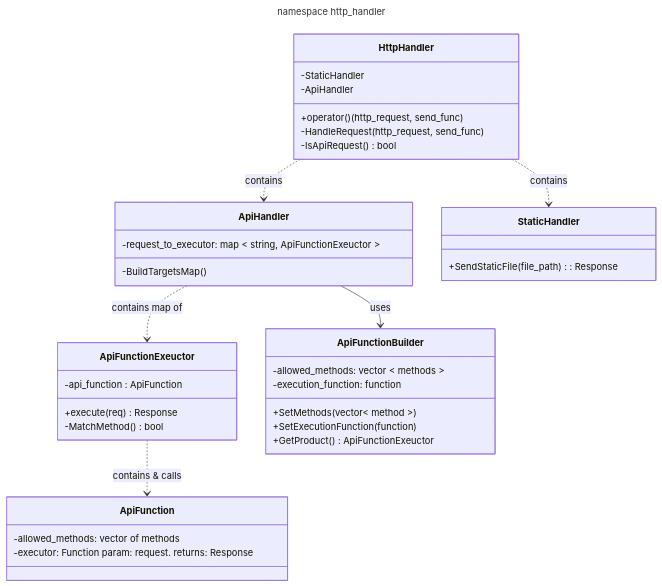
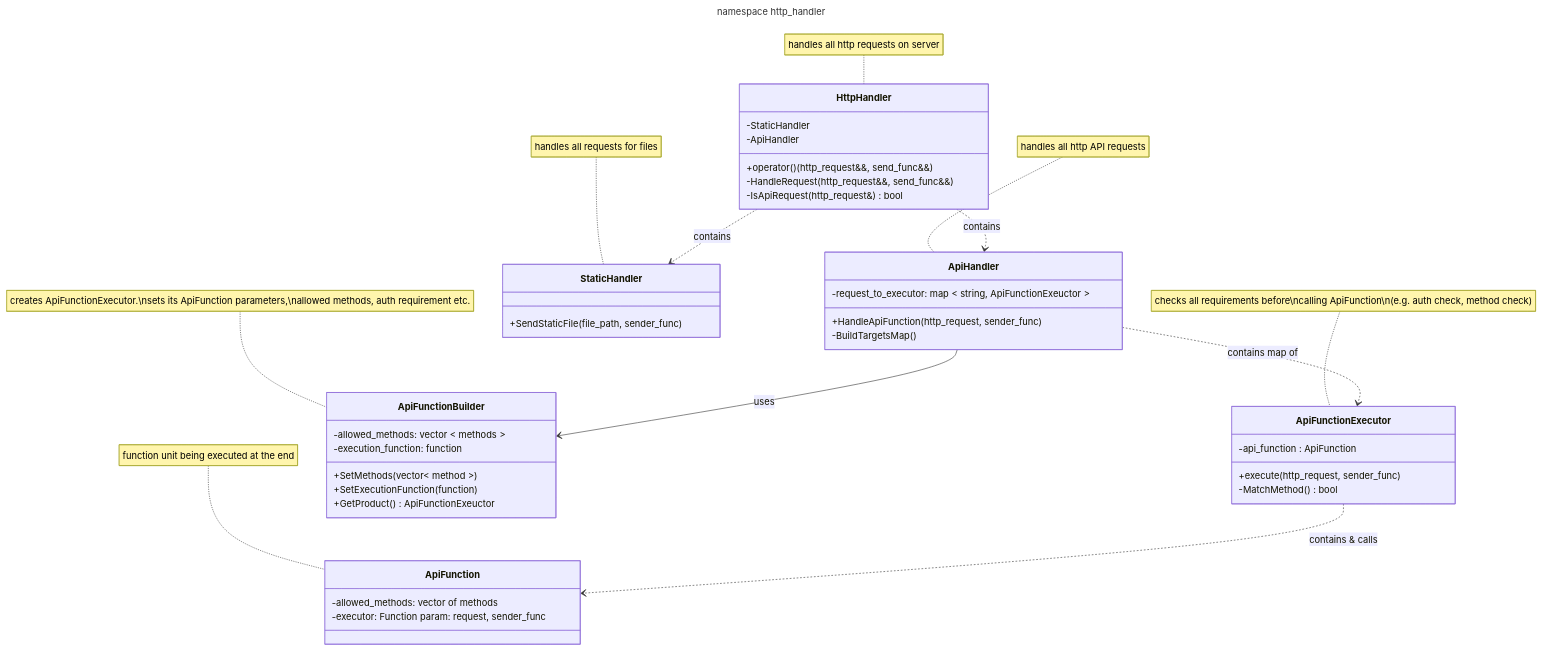
Before and after one commit to LeeDoor/game_webserver: the third of 3 diagrams in uml_diagrams.md, drawn with Mermaid. The commit also changed 17 other files, not shown here.

Commit message:
http_handler_headers

````diff
--- a/uml_diagrams.md
+++ b/uml_diagrams.md
@@ -64,49 +64,56 @@
 ```mermaid
 ---
 title: namespace http_handler
 ---
 classDiagram
     class HttpHandler {
-        +operator() (http_request, send_func)
-        -HandleRequest(http_request, send_func)
-        -IsApiRequest() bool
+        +operator() (http_request&&, send_func&&)
+        -HandleRequest(http_request&&, send_func&&)
+        -IsApiRequest(http_request&) bool
 
         -StaticHandler
         -ApiHandler
     }
+    note for HttpHandler "handles all http requests on server"
 
     class ApiHandler {
+        +HandleApiFunction(http_request, sender_func)
         -request_to_executor: map < string, ApiFunctionExeuctor >
         -BuildTargetsMap()
     }
+    note for ApiHandler "handles all http API requests"
 
     class StaticHandler {
-        +SendStaticFile(file_path) : Response
+        +SendStaticFile(file_path, sender_func) 
     }
+    note for StaticHandler "handles all requests for files"
 
     class ApiFunction {
         -allowed_methods: vector of methods
-        -executor: Function param: request. returns: Response
+        -executor: Function param: request, sender_func
     }
+    note for ApiFunction "function unit being executed at the end"
 
-    class ApiFunctionExeuctor {
-        +execute(req) Response
+    class ApiFunctionExecutor {
+        +execute(http_request, sender_func)
         -MatchMethod() bool
         -api_function : ApiFunction
     }
+    note for ApiFunctionExecutor "checks all requirements before\ncalling ApiFunction\n(e.g. auth check, method check)"
 
     class ApiFunctionBuilder {
         +SetMethods(vector< method >)
         +SetExecutionFunction(function)
         +GetProduct() ApiFunctionExeuctor
 
         -allowed_methods: vector < methods >
         -execution_function: function
     }
+    note for ApiFunctionBuilder "creates ApiFunctionExecutor.\nsets its ApiFunction parameters,\nallowed methods, auth requirement etc."
 
     HttpHandler ..> ApiHandler : contains
     HttpHandler ..> StaticHandler : contains
-    ApiHandler ..> ApiFunctionExeuctor : contains map of
+    ApiHandler ..> ApiFunctionExecutor : contains map of
     ApiHandler --> ApiFunctionBuilder : uses
-    ApiFunctionExeuctor ..> ApiFunction : contains & calls
+    ApiFunctionExecutor ..> ApiFunction : contains & calls
 ```
````
